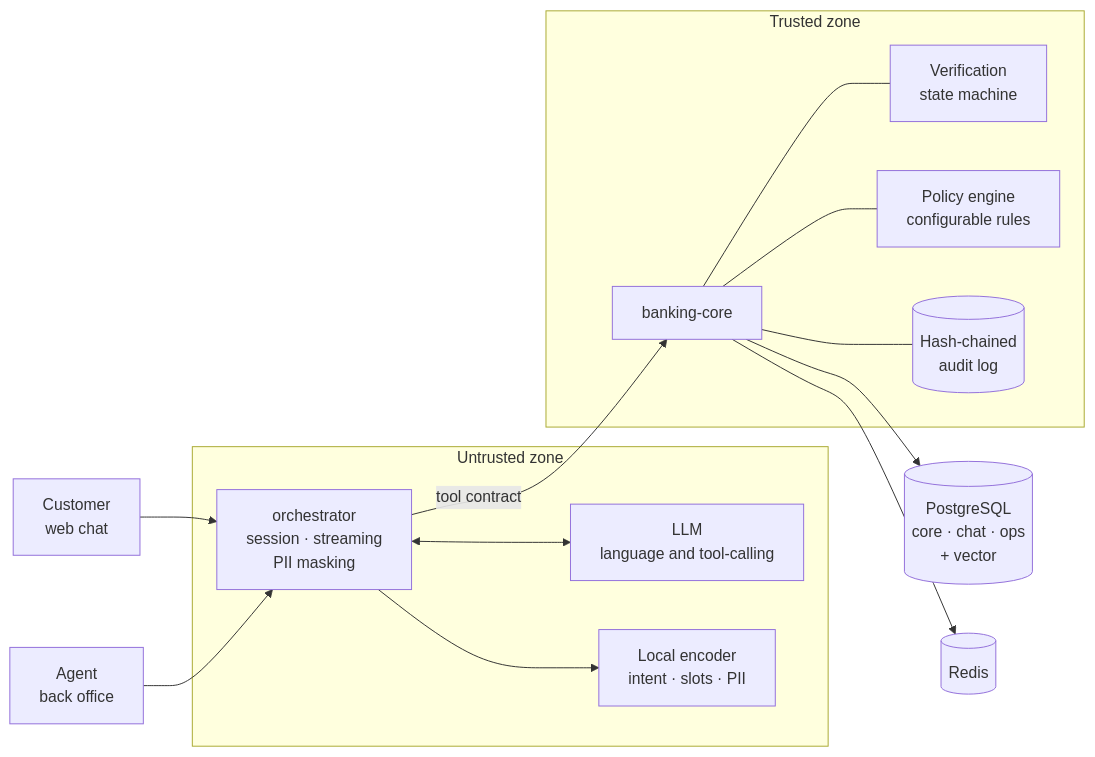
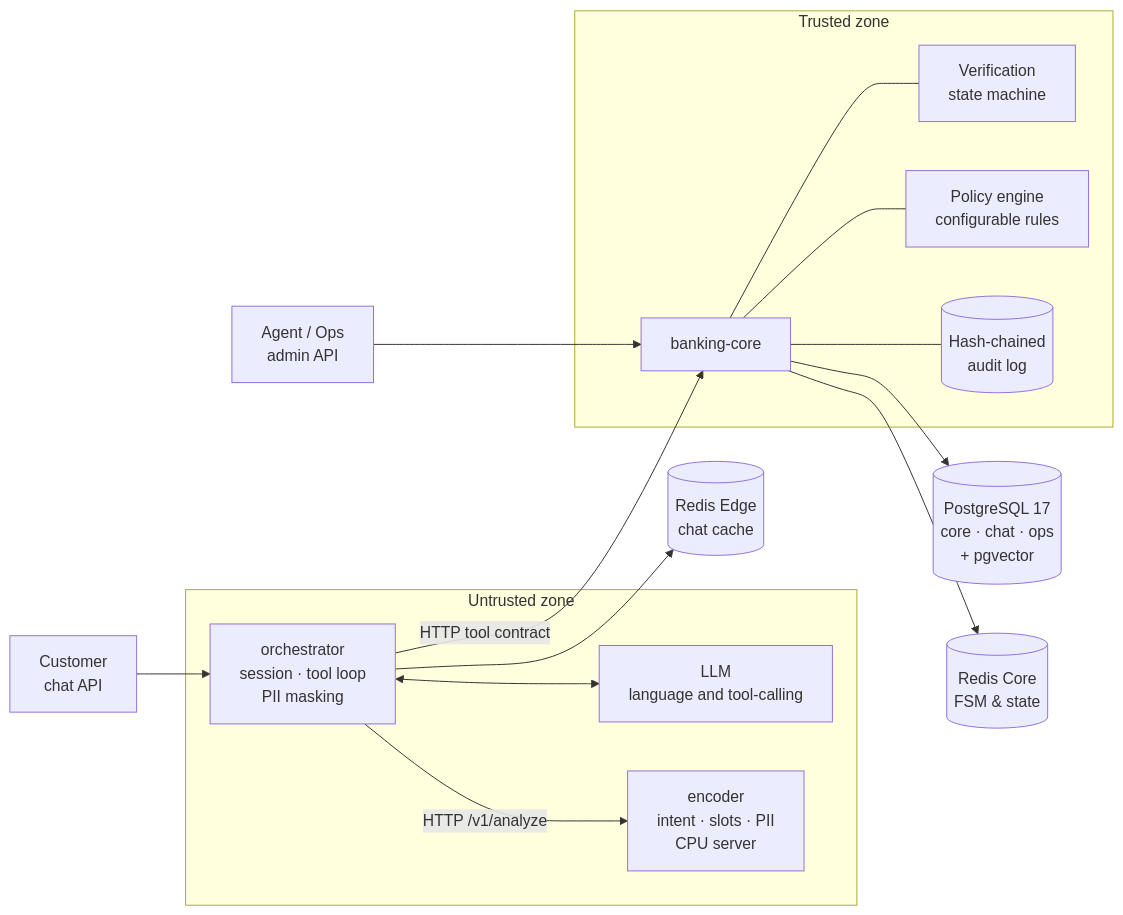
One commit to Nekobus-Bo/factored-hackathon-2026-Nekobus changed the diagram in README.md. Above: the diagram before and after it, drawn with Mermaid. The commit also changed other lines of this file, not shown here.

````diff
--- a/README.md
+++ b/README.md
@@ -43,26 +46,27 @@
 ```mermaid
 flowchart LR
-    C[Customer<br/>web chat] --> ORC
-    A[Agent<br/>back office] --> ORC
+    C[Customer<br/>chat API] --> ORC
+    A[Agent / Ops<br/>admin API] --> CORE
 
     subgraph EXT [Untrusted zone]
-        ORC[orchestrator<br/>session · streaming<br/>PII masking]
+        ORC[orchestrator<br/>session · tool loop<br/>PII masking]
         ORC <--> LLM[LLM<br/>language and tool-calling]
-        ORC --> ENC[Local encoder<br/>intent · slots · PII]
+        ORC -->|HTTP /v1/analyze| ENC[encoder<br/>intent · slots · PII<br/>CPU server]
     end
 
-    ORC -->|tool contract| CORE
+    ORC -->|HTTP tool contract| CORE
 
     subgraph INT [Trusted zone]
         CORE[banking-core]
         FSM[Verification<br/>state machine]
         POL[Policy engine<br/>configurable rules]
         AUD[(Hash-chained<br/>audit log)]
         CORE --- FSM
         CORE --- POL
         CORE --- AUD
     end
 
-    CORE --> DB[(PostgreSQL<br/>core · chat · ops<br/>+ vector)]
-    CORE --> R[(Redis)]
+    CORE --> DB[(PostgreSQL 17<br/>core · chat · ops<br/>+ pgvector)]
+    CORE --> RC[(Redis Core<br/>FSM & state)]
+    ORC --> RE[(Redis Edge<br/>chat cache)]
 ```
````
